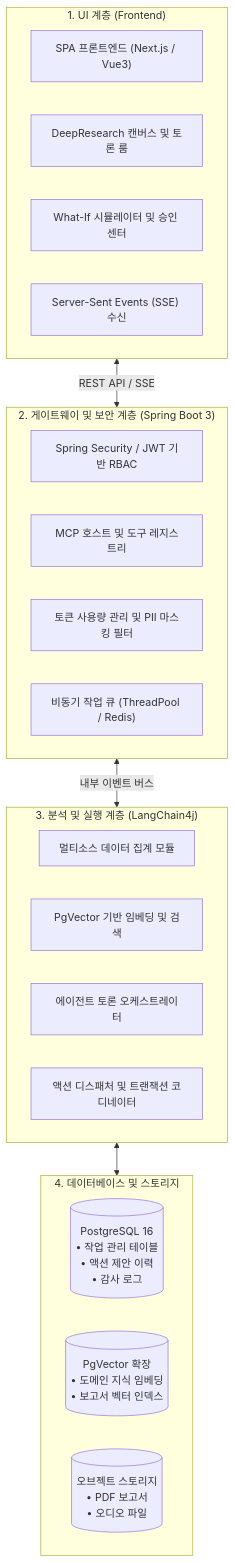
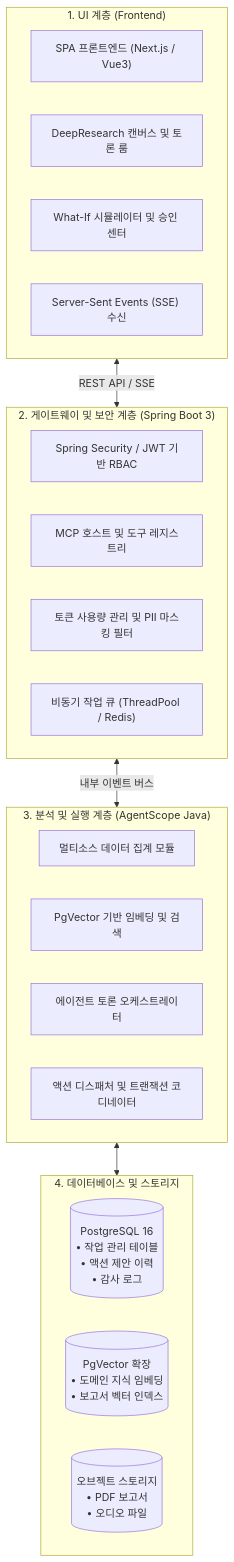
The first of 2 diagrams in ko/syncinsight/architecture.md (DramaticCollaboration/doc.github.io), drawn with Mermaid before and after one commit. The commit also changed other lines of this file and 21 other files, not shown here.

````diff
--- a/ko/syncinsight/architecture.md
+++ b/ko/syncinsight/architecture.md
@@ -31,33 +31,33 @@
 ```mermaid
 flowchart TD
     subgraph Client_Tier ["1. UI 계층 (Frontend)"]
         UI_SPA["SPA 프론트엔드 (Next.js / Vue3)"]
         UI_CANVAS["DeepResearch 캔버스 및 토론 룸"]
         UI_SIM["What-If 시뮬레이터 및 승인 센터"]
         UI_STREAM["Server-Sent Events (SSE) 수신"]
     end
 
     subgraph API_Gateway_Tier ["2. 게이트웨이 및 보안 계층 (Spring Boot 3)"]
         AUTH["Spring Security / JWT 기반 RBAC"]
         MCP_SERVER["MCP 호스트 및 도구 레지스트리"]
         FINOPS_GUARD["토큰 사용량 관리 및 PII 마스킹 필터"]
         JOB_QUEUE["비동기 작업 큐 (ThreadPool / Redis)"]
     end
 
-    subgraph Core_Engine_Tier ["3. 분석 및 실행 계층 (LangChain4j)"]
+    subgraph Core_Engine_Tier ["3. 분석 및 실행 계층 (AgentScope Java)"]
         AGGREGATOR["멀티소스 데이터 집계 모듈"]
         RAG_PIPELINE["PgVector 기반 임베딩 및 검색"]
         DEBATE_ORCH["에이전트 토론 오케스트레이터"]
         ACTION_DISPATCH["액션 디스패처 및 트랜잭션 코디네이터"]
     end
 
     subgraph Persistence_Tier ["4. 데이터베이스 및 스토리지"]
         PG_DB[("PostgreSQL 16\n• 작업 관리 테이블\n• 액션 제안 이력\n• 감사 로그")]
         VECTOR_DB[("PgVector 확장\n• 도메인 지식 임베딩\n• 보고서 벡터 인덱스")]
         STORAGE[("오브젝트 스토리지\n• PDF 보고서\n• 오디오 파일")]
     end
 
     Client_Tier <-->|REST API / SSE| API_Gateway_Tier
     API_Gateway_Tier <-->|내부 이벤트 버스| Core_Engine_Tier
     Core_Engine_Tier <--> Persistence_Tier
 ```
````
